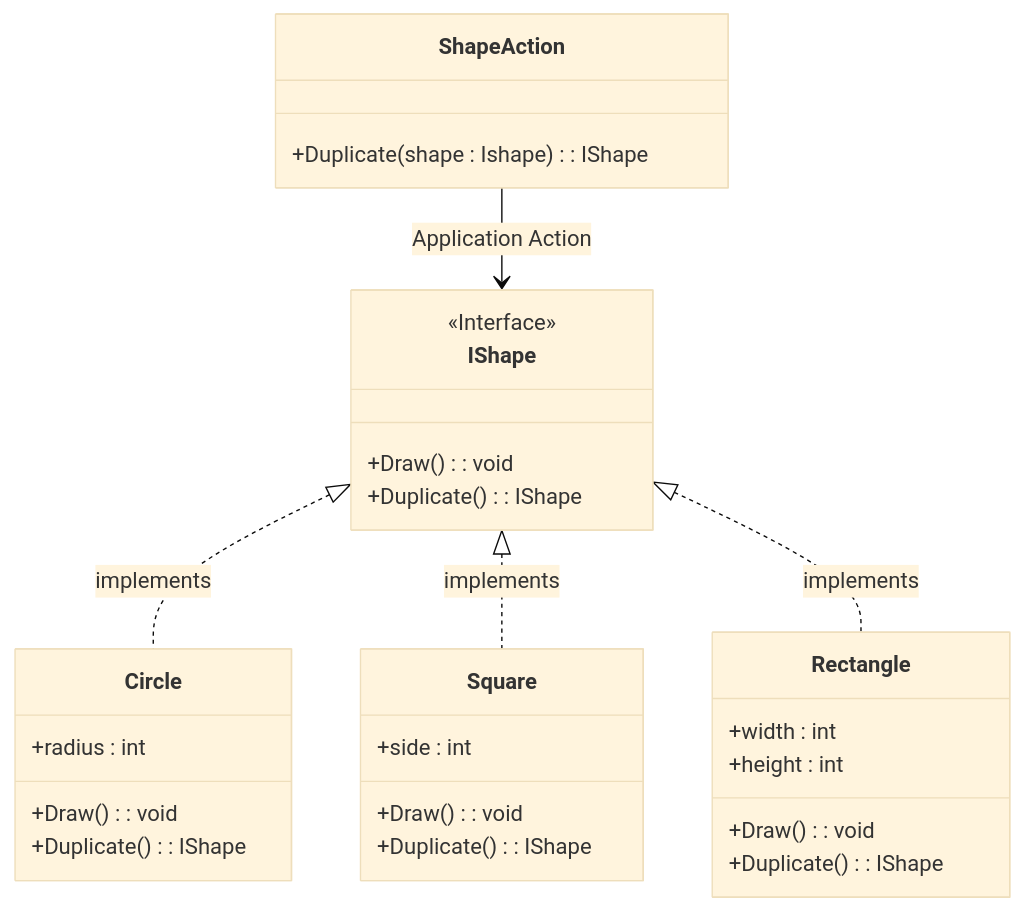
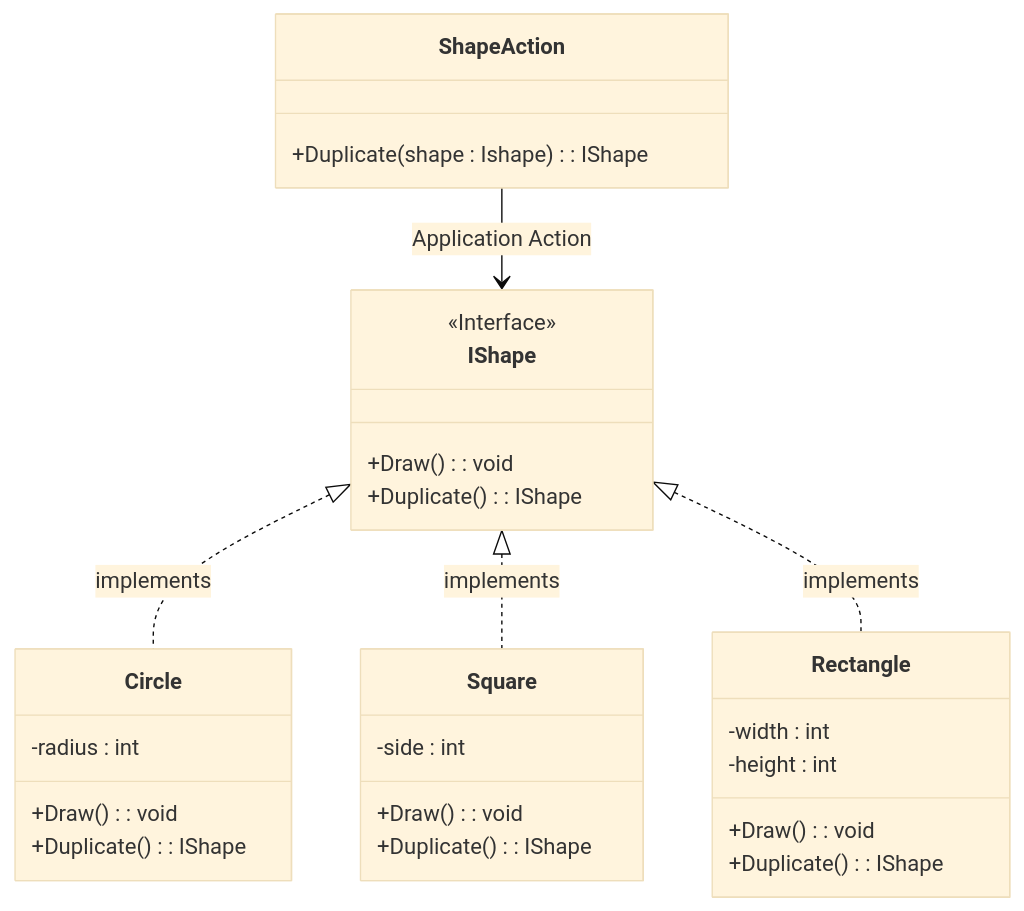
One commit to aldipascaa/Batch16 changed the diagram in mmd/Prototype Good Example.mmd. Above: the diagram before and after it, drawn with Mermaid (base theme). The commit also changed 631 other files, not shown here.

```diff
--- a/mmd/Prototype Good Example.mmd
+++ b/mmd/Prototype Good Example.mmd
@@ -1,36 +1,36 @@
 
 classDiagram
 
     class IShape {
       <<Interface>>
       +Draw() : void
       +Duplicate() : IShape
     }
 
     class Circle{
-      +radius : int
+      -radius : int
       +Draw() : void
       +Duplicate() : IShape
     }
 
     class Square{
-      +side : int
+      -side : int
       +Draw() : void
       +Duplicate() : IShape
     }
 
     class Rectangle{
-      +width : int
-      +height : int
+      -width : int
+      -height : int
       +Draw() : void
       +Duplicate() : IShape
     }
 
     class ShapeAction{
       +Duplicate(shape : Ishape) : IShape
     }
 
     IShape <|.. Circle : implements
     IShape <|.. Square : implements
     IShape <|.. Rectangle: implements
     ShapeAction --> IShape : Application Action
```
